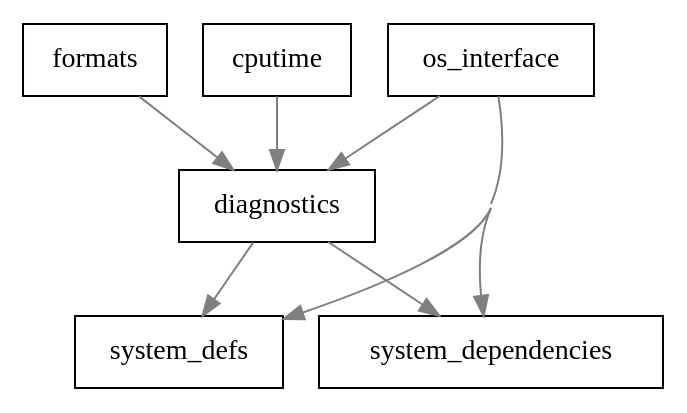
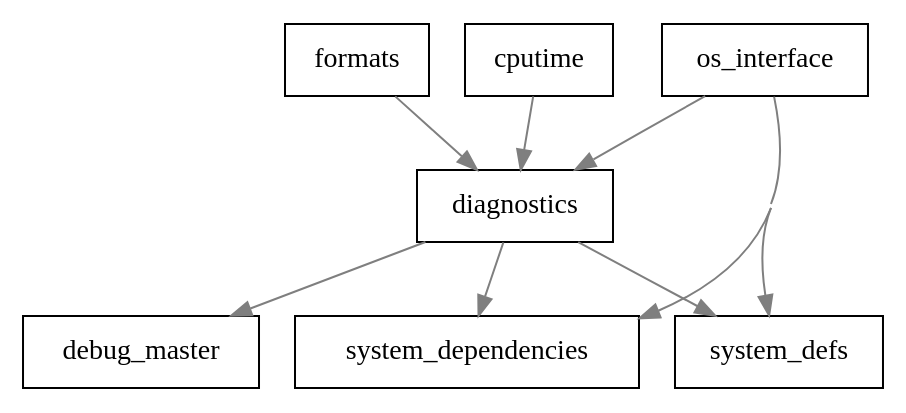
One commit to bendavid/whizard changed the diagram in share/doc/system.dot. Above: the diagram before and after it, drawn with Graphviz. The commit also changed 552 other files, not shown here.

```diff
--- a/share/doc/system.dot
+++ b/share/doc/system.dot
@@ -1,14 +1,15 @@
 
 digraph G {
 concentrate=true
 splines=true
 node[shape=record,style=filled,fillcolor=white]
 edge[color=gray50]
 os_interface -> diagnostics
 formats -> diagnostics
 cputime -> diagnostics
+diagnostics -> debug_master
+diagnostics -> system_defs
 os_interface -> system_defs
-diagnostics -> system_defs
 diagnostics -> system_dependencies
 os_interface -> system_dependencies
  }
```
